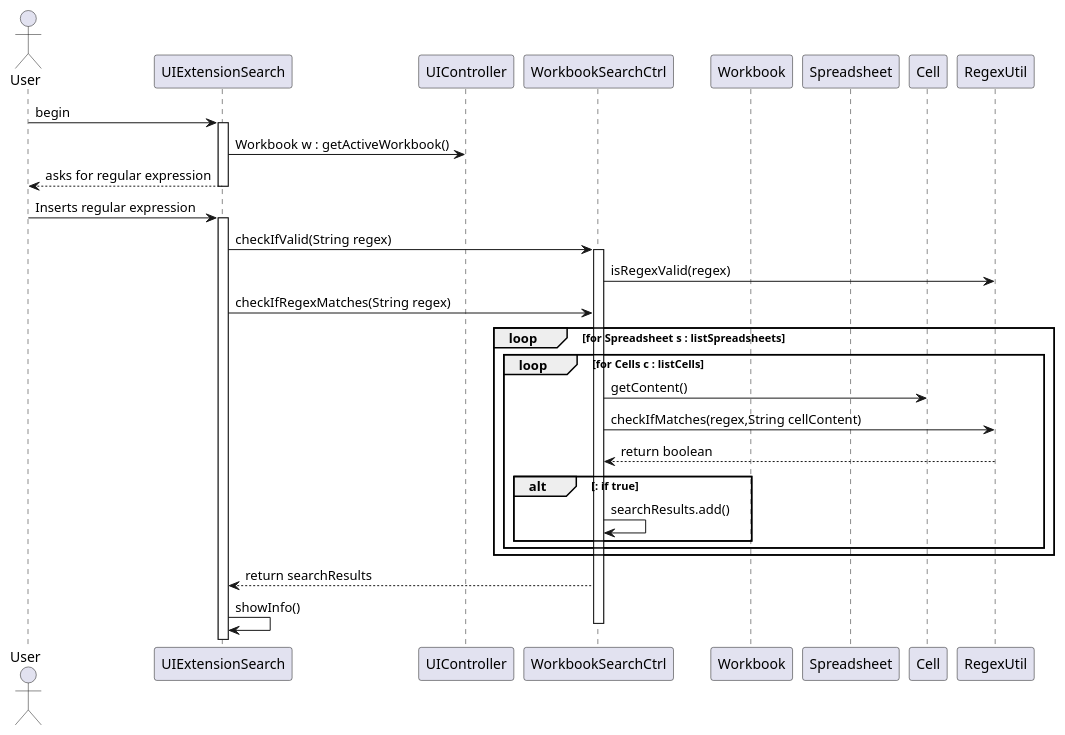
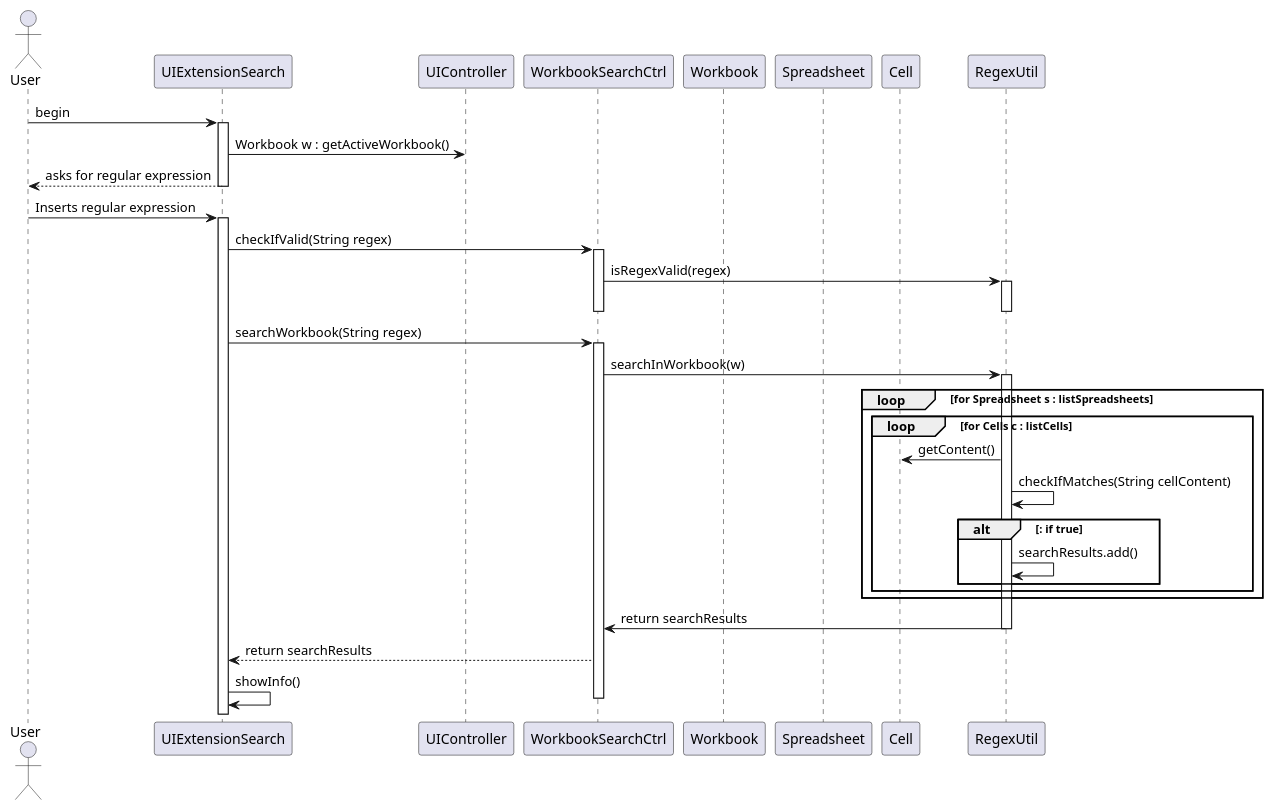
One commit to MikeTekOn/lapr4-2017-2dd changed the diagram in src/main/java/lapr4/red/s1/core/n1150613/workbookSearch/core07_01_design_sd.puml. Above: the diagram before and after it, drawn with PlantUML. The commit also changed 6 other files, not shown here.

```diff
--- a/src/main/java/lapr4/red/s1/core/n1150613/workbookSearch/core07_01_design_sd.puml
+++ b/src/main/java/lapr4/red/s1/core/n1150613/workbookSearch/core07_01_design_sd.puml
@@ -1,40 +1,49 @@
 @startuml 
 
     actor User 
     participant "UIExtensionSearch" as UI
     participant "UIController" as UIctrl
     participant "WorkbookSearchCtrl" as ctrl
     participant "Workbook" as WBOOK
     participant "Spreadsheet" as sheet
     participant "Cell" as cll
     participant "RegexUtil" as util
 
     User -> UI : begin
     activate UI 
     UI -> UIctrl : Workbook w : getActiveWorkbook()
     User <-- UI : asks for regular expression
     deactivate ctrl
     deactivate UI
     User -> UI : Inserts regular expression
     activate UI
     UI -> ctrl : checkIfValid(String regex)
     activate ctrl
+   
     ctrl -> util : isRegexValid(regex)
-    UI -> ctrl : checkIfRegexMatches(String regex)
-    
+    activate util
+ deactivate ctrl
+    deactivate util
+
+    UI -> ctrl : searchWorkbook(String regex)
+    activate ctrl
+    ctrl -> util : searchInWorkbook(w)
+    activate util
     
     loop for Spreadsheet s : listSpreadsheets
     loop for Cells c : listCells
-    ctrl -> cll : getContent()
-    ctrl -> util : checkIfMatches(regex,String cellContent)
-    ctrl <-- util : return boolean
+    util -> cll : getContent()
+    util -> util : checkIfMatches(String cellContent)
+   
     alt : if true
-    ctrl -> ctrl : searchResults.add()
+    util -> util : searchResults.add()
     end
     end
     end
+    util -> ctrl : return searchResults
+    deactivate util
     UI <-- ctrl : return searchResults
     UI -> UI : showInfo()
     deactivate ctrl
     
 @enduml
```
